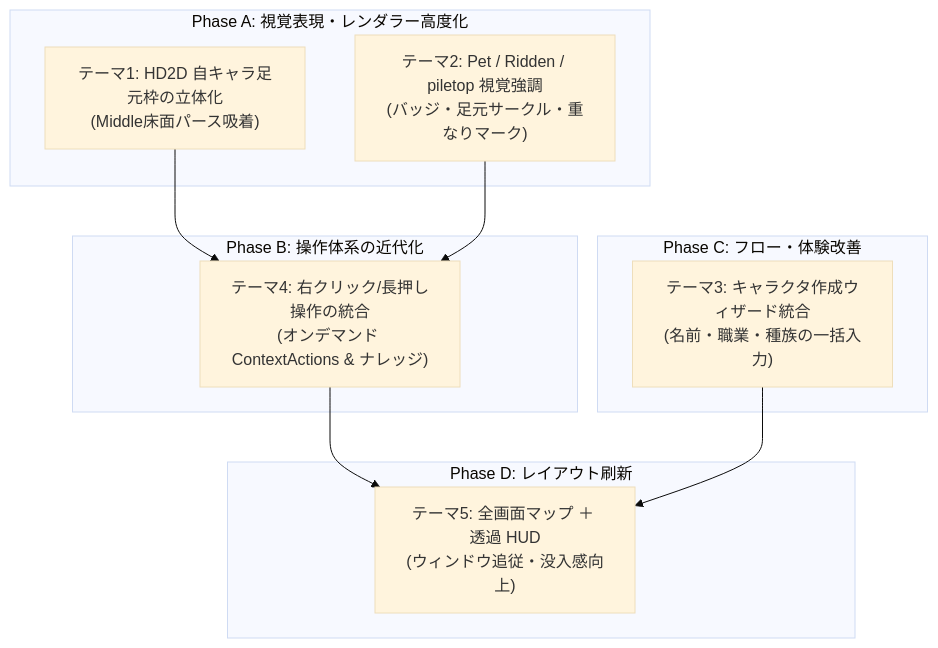
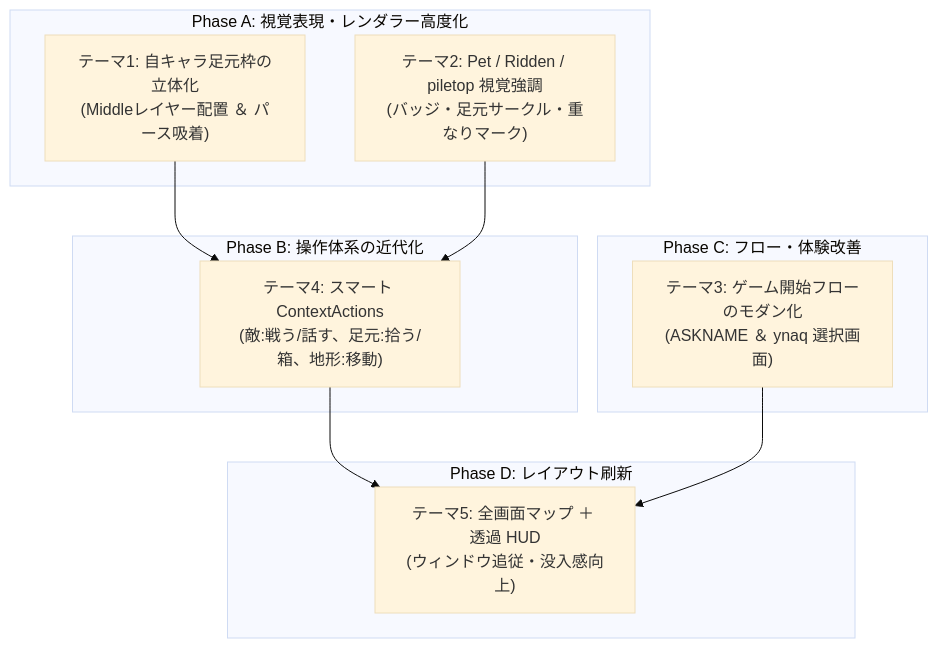
One commit to e3sh/Nethack-wasm-webUI changed the first of 3 diagrams in docs/2_client_ui/gkl_client_ui_ux_modernization_plan.ja.md. Above: the diagram before and after it, drawn with Mermaid (base theme). The commit also changed other lines of this file and 6 other files, not shown here.

````diff
--- a/docs/2_client_ui/gkl_client_ui_ux_modernization_plan.ja.md
+++ b/docs/2_client_ui/gkl_client_ui_ux_modernization_plan.ja.md
@@ -27,24 +27,24 @@
 ```mermaid
 flowchart TD
     subgraph PhaseA["Phase A: 視覚表現・レンダラー高度化"]
-        T1["テーマ1: HD2D 自キャラ足元枠の立体化<br/>(Middle床面パース吸着)"]
+        T1["テーマ1: 自キャラ足元枠の立体化<br/>(Middleレイヤー配置 ＆ パース吸着)"]
         T2["テーマ2: Pet / Ridden / piletop 視覚強調<br/>(バッジ・足元サークル・重なりマーク)"]
     end
 
     subgraph PhaseB["Phase B: 操作体系の近代化"]
-        T4["テーマ4: 右クリック/長押し操作の統合<br/>(オンデマンド ContextActions & ナレッジ)"]
+        T4["テーマ4: スマート ContextActions<br/>(敵:戦う/話す、足元:拾う/箱、地形:移動)"]
     end
 
     subgraph PhaseC["Phase C: フロー・体験改善"]
-        T3["テーマ3: キャラクタ作成ウィザード統合<br/>(名前・職業・種族の一括入力)"]
+        T3["テーマ3: ゲーム開始フローのモダン化<br/>(ASKNAME ＆ ynaq 選択画面)"]
     end
 
     subgraph PhaseD["Phase D: レイアウト刷新"]
         T5["テーマ5: 全画面マップ ＋ 透過 HUD<br/>(ウィンドウ追従・没入感向上)"]
     end
 
     T1 --> T4
     T2 --> T4
     T4 --> T5
     T3 --> T5
 ```
````
